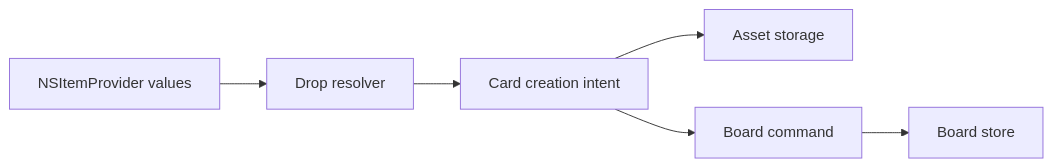
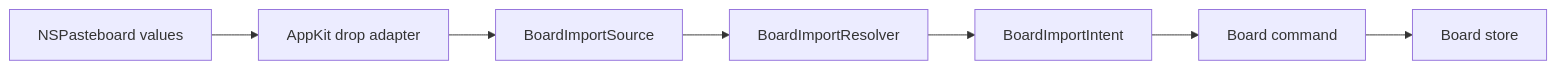
One commit to KopitarFan/Cork changed the third of 3 diagrams in docs/architecture.md. Above: the diagram before and after it, drawn with Mermaid. The commit also changed other lines of this file and 11 other files, not shown here.

````diff
--- a/docs/architecture.md
+++ b/docs/architecture.md
@@ -248,8 +255,9 @@
 ```mermaid
 flowchart LR
-    Providers["NSItemProvider values"] --> Resolver["Drop resolver"]
-    Resolver --> Intent["Card creation intent"]
-    Intent --> Assets["Asset storage"]
+    Pasteboard["NSPasteboard values"] --> Adapter["AppKit drop adapter"]
+    Adapter --> Source["BoardImportSource"]
+    Source --> Resolver["BoardImportResolver"]
+    Resolver --> Intent["BoardImportIntent"]
     Intent --> Commands["Board command"]
     Commands --> Store["Board store"]
 ```
````
